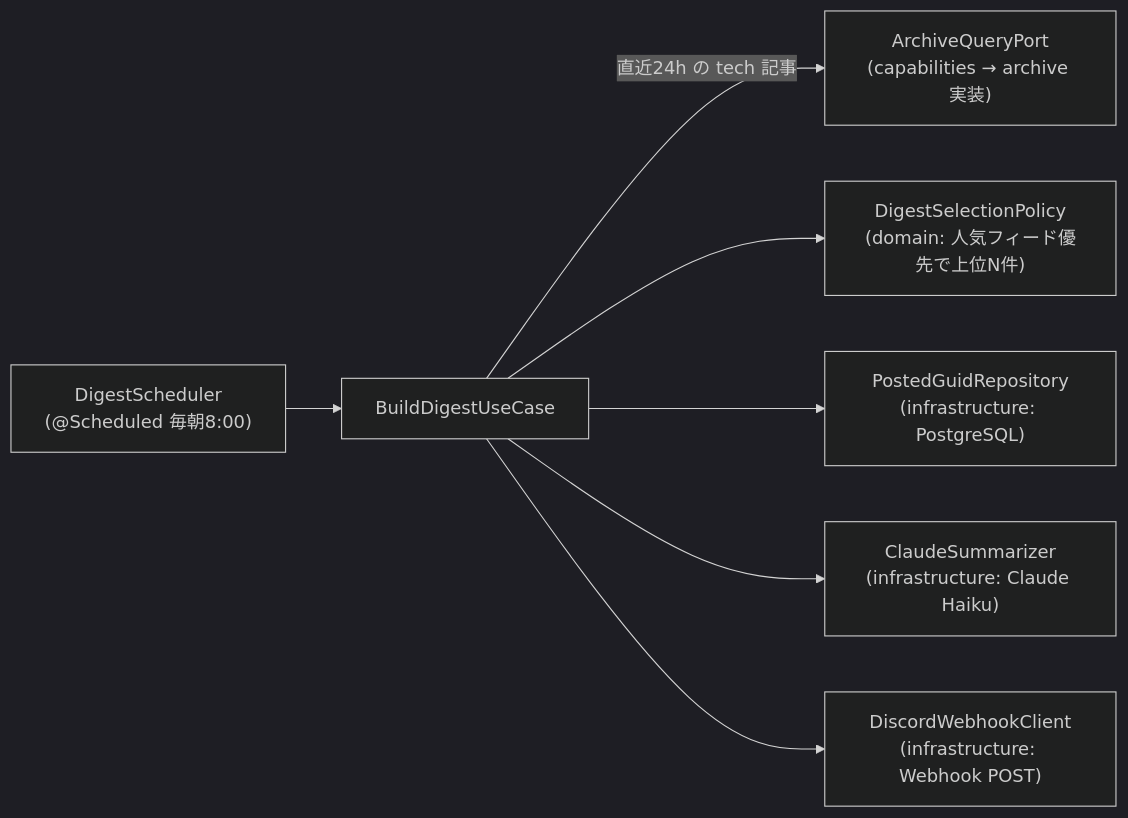
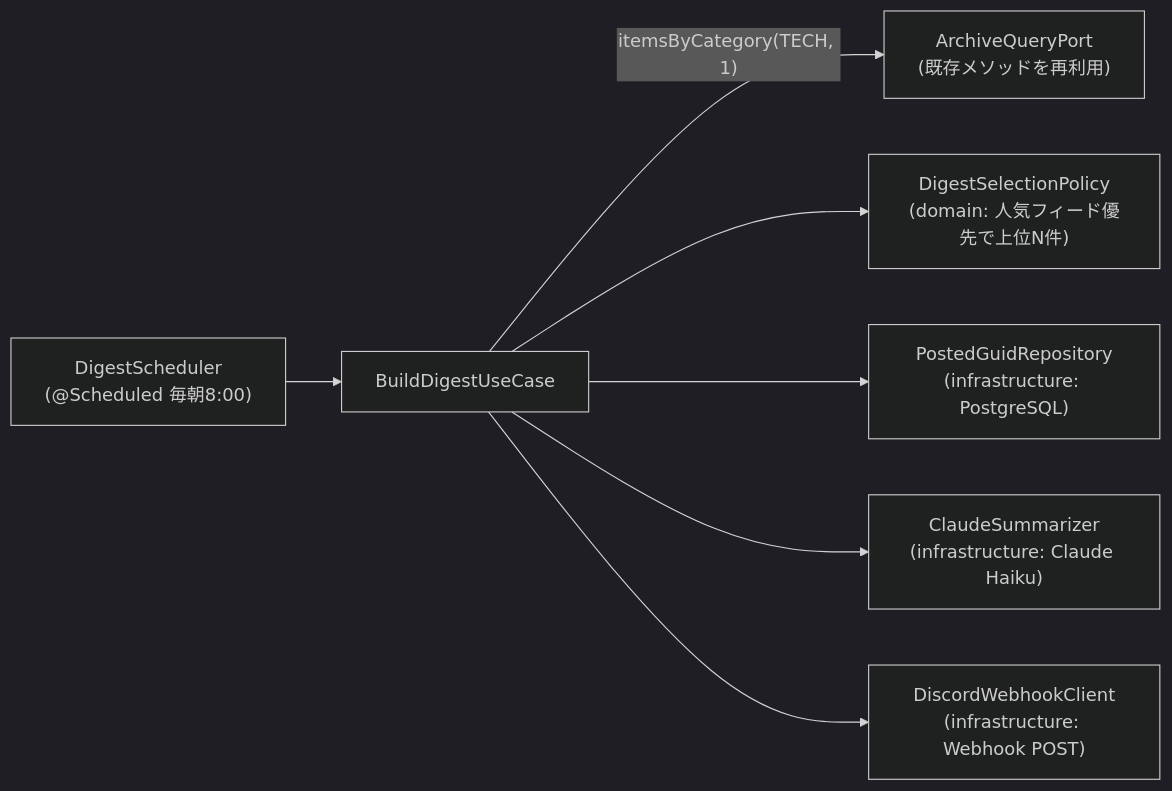
Before and after one commit to rockyh0825/tech-and-job-rss-reader: the diagram in .spec-workflow/specs/discord-notifier/design.md, drawn with Mermaid (dark theme). The commit also changed other lines of this file and 2 other files, not shown here.

First line of the commit message:
spec レビュー反映: Port の再利用と Feature Toggle 設計

````diff
--- a/.spec-workflow/specs/discord-notifier/design.md
+++ b/.spec-workflow/specs/discord-notifier/design.md
@@ -38,9 +38,9 @@
 ```mermaid
 flowchart LR
     S["DigestScheduler<br/>(@Scheduled 毎朝8:00)"] --> U["BuildDigestUseCase"]
-    U -->|"直近24h の tech 記事"| Q["ArchiveQueryPort<br/>(capabilities → archive 実装)"]
+    U -->|"itemsByCategory(TECH, 1)"| Q["ArchiveQueryPort<br/>(既存メソッドを再利用)"]
     U --> P["DigestSelectionPolicy<br/>(domain: 人気フィード優先で上位N件)"]
     U --> G["PostedGuidRepository<br/>(infrastructure: PostgreSQL)"]
     U --> C["ClaudeSummarizer<br/>(infrastructure: Claude Haiku)"]
     U --> D["DiscordWebhookClient<br/>(infrastructure: Webhook POST)"]
 ```
````
